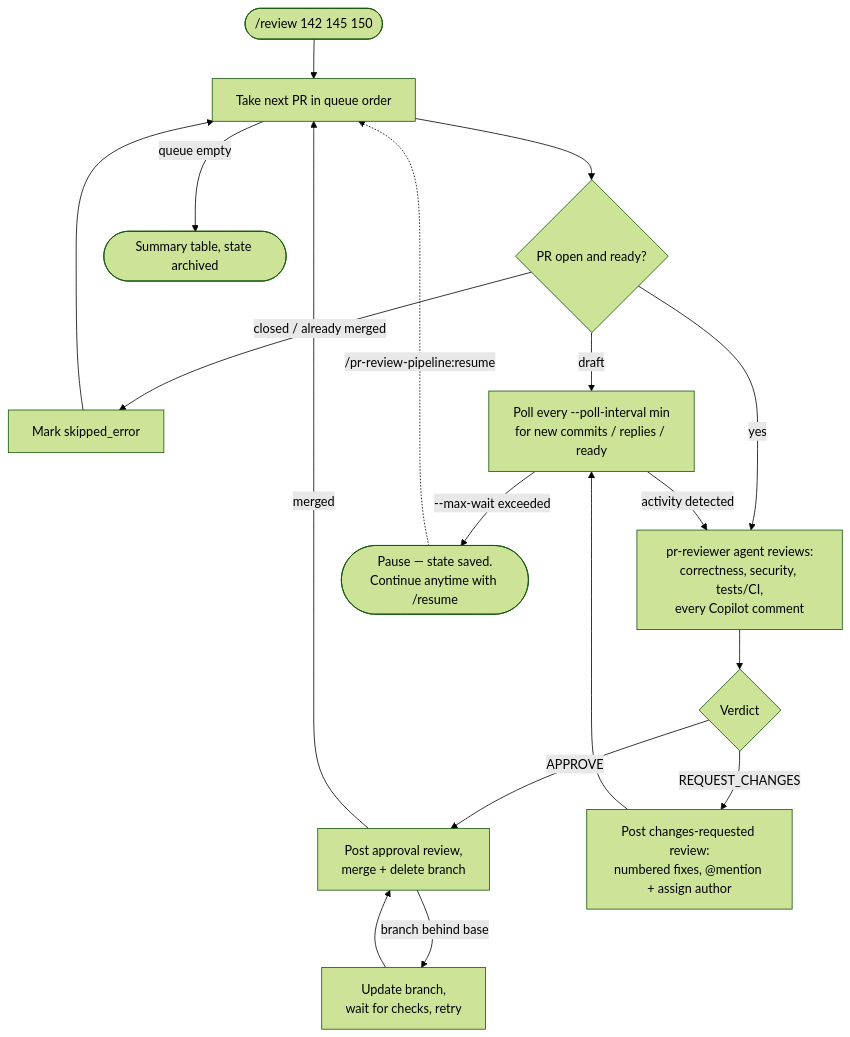
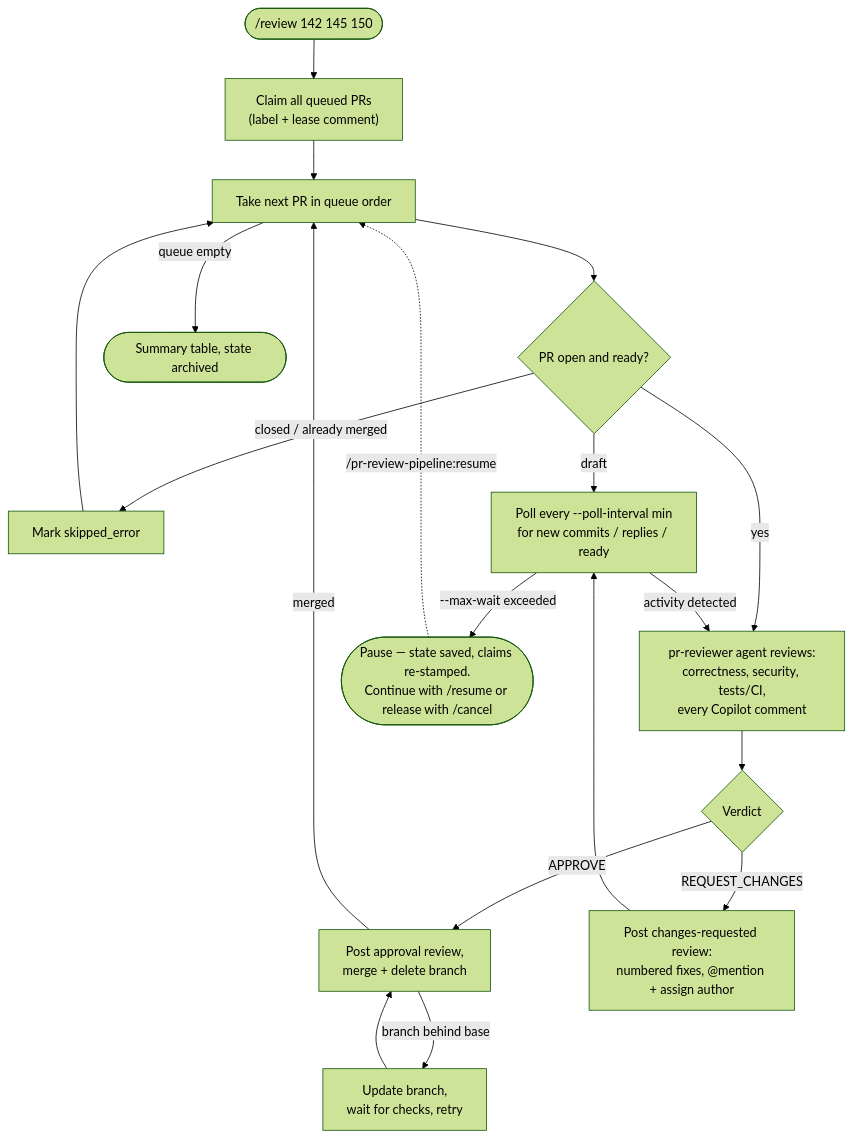
Before and after one commit to davidzayas/pr-review-pipeline: the diagram in README.md, drawn with Mermaid (forest theme). The commit also changed other lines of this file and 8 other files, not shown here.

First line of the commit message:
PR ownership claims: lease-style labels + comments, generation fencing, /cancel command (#3)

````diff
--- a/README.md
+++ b/README.md
@@ -69,18 +77,18 @@
 ```mermaid
 flowchart TD
-    START(["/review 142 145 150"]) --> NEXT["Take next PR in queue order"]
+    START(["/review 142 145 150"]) --> CLAIM["Claim all queued PRs<br/>(label + lease comment)"] --> NEXT["Take next PR in queue order"]
     NEXT --> GATE{"PR open and ready?"}
     GATE -- "closed / already merged" --> SKIP["Mark skipped_error"] --> NEXT
     GATE -- "draft" --> POLL
     GATE -- "yes" --> REVIEW["pr-reviewer agent reviews:<br/>correctness, security, tests/CI,<br/>every Copilot comment"]
     REVIEW --> VERDICT{"Verdict"}
     VERDICT -- "APPROVE" --> MERGE["Post approval review,<br/>merge + delete branch"]
     MERGE -- "merged" --> NEXT
     MERGE -- "branch behind base" --> UPDATE["Update branch,<br/>wait for checks, retry"] --> MERGE
     VERDICT -- "REQUEST_CHANGES" --> RC["Post changes-requested review:<br/>numbered fixes, @mention + assign author"]
     RC --> POLL["Poll every --poll-interval min<br/>for new commits / replies / ready"]
     POLL -- "activity detected" --> REVIEW
-    POLL -- "--max-wait exceeded" --> PAUSE(["Pause — state saved.<br/>Continue anytime with /resume"])
+    POLL -- "--max-wait exceeded" --> PAUSE(["Pause — state saved, claims re-stamped.<br/>Continue with /resume or release with /cancel"])
     PAUSE -. "/pr-review-pipeline:resume" .-> NEXT
     NEXT -- "queue empty" --> DONE(["Summary table, state archived"])
 ```
````
